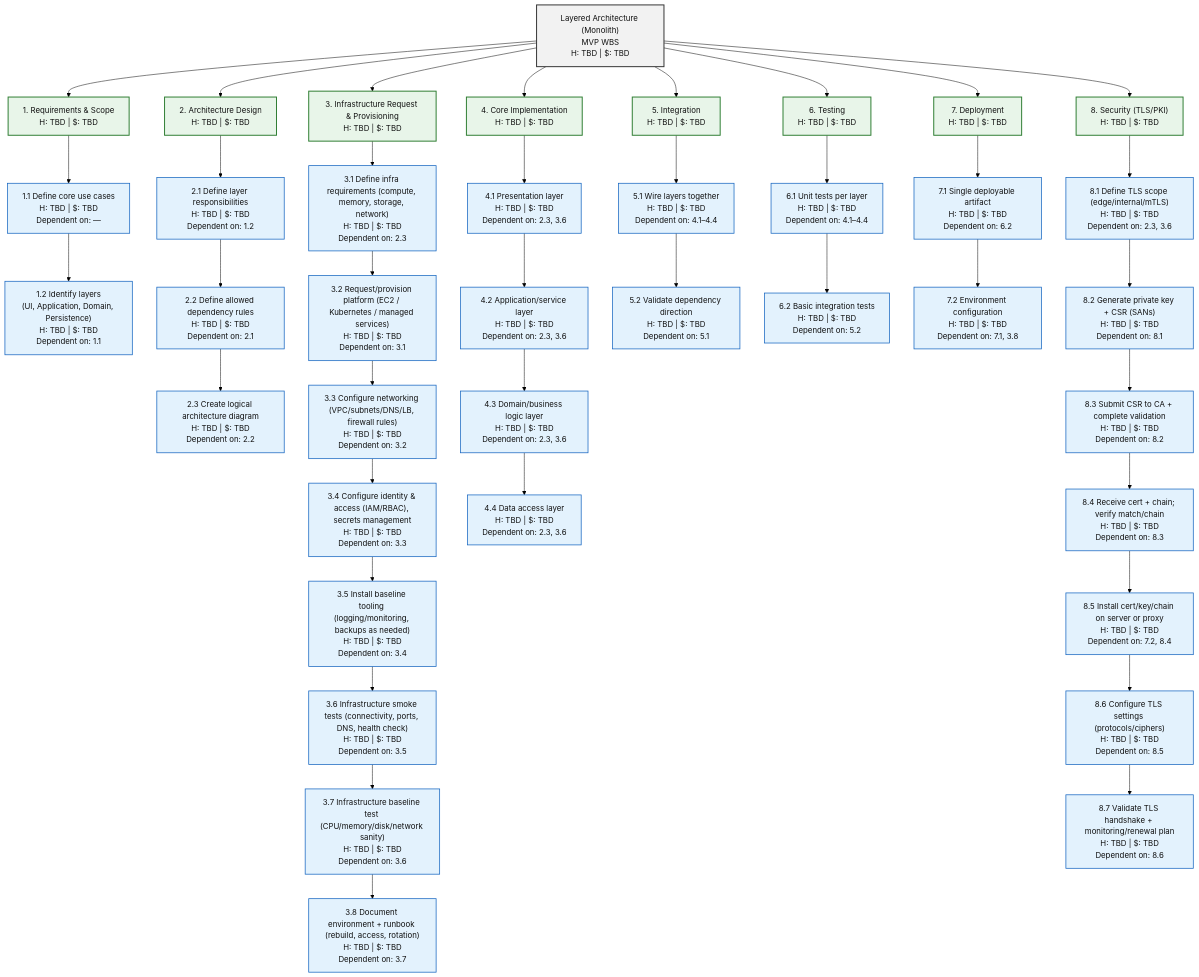
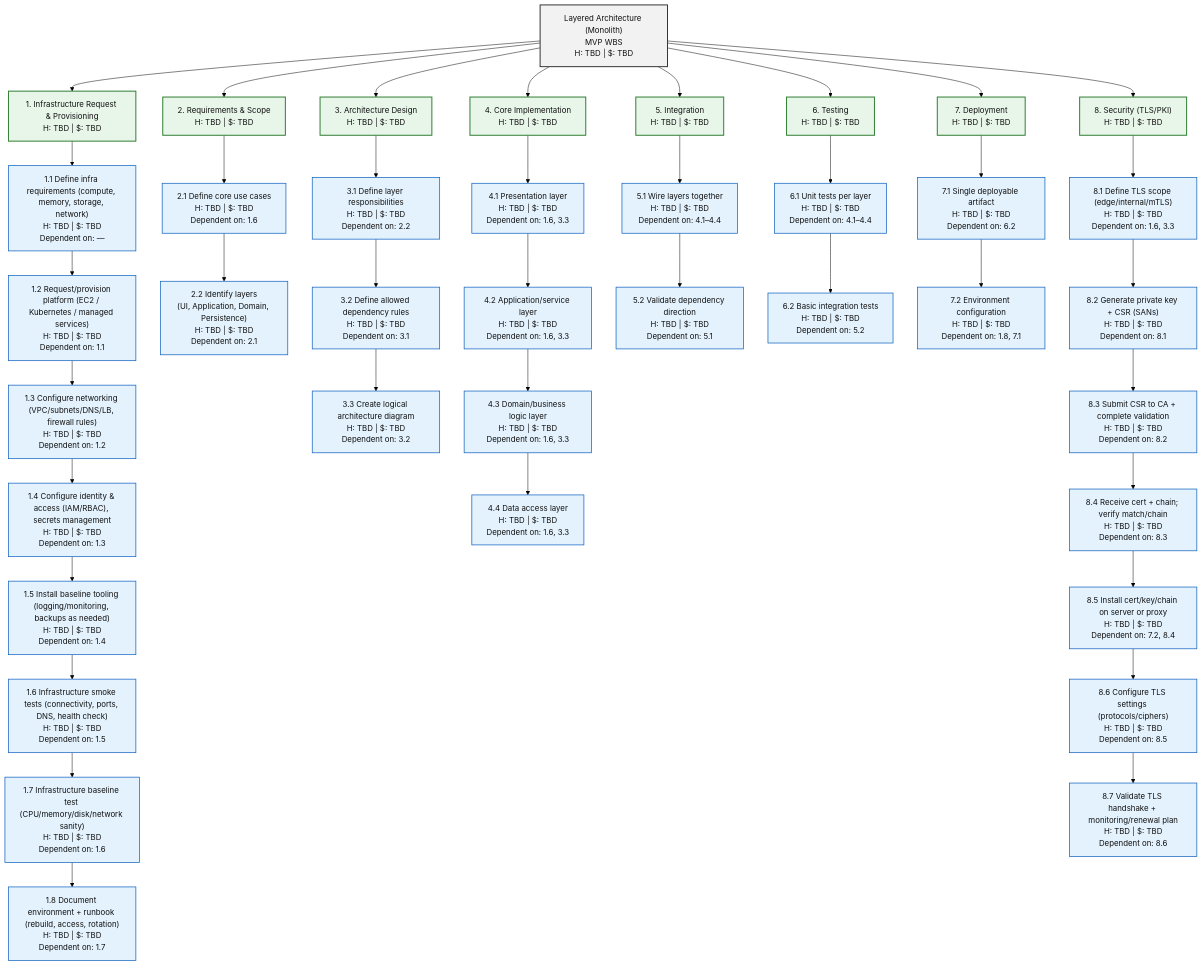
One commit to lopez-larry/arch-design-documentation changed the first of 8 diagrams in 30-architecture-styles/5-architecture-style-wbs-overview.md. Above: the diagram before and after it, drawn with Mermaid (forest theme). The commit also changed other lines of this file, not shown here.

````diff
--- a/30-architecture-styles/5-architecture-style-wbs-overview.md
+++ b/30-architecture-styles/5-architecture-style-wbs-overview.md
@@ -3,56 +3,55 @@
 ```mermaid
 flowchart TB
   A["Layered Architecture (Monolith)<br/>MVP WBS<br/>H: TBD | $: TBD"]:::summary
 
-  A --> B["1. Requirements & Scope<br/>H: TBD | $: TBD"]:::phase
-  A --> C["2. Architecture Design<br/>H: TBD | $: TBD"]:::phase
-  A --> I["3. Infrastructure Request & Provisioning<br/>H: TBD | $: TBD"]:::phase
+  A --> I["1. Infrastructure Request & Provisioning<br/>H: TBD | $: TBD"]:::phase
+  A --> B["2. Requirements & Scope<br/>H: TBD | $: TBD"]:::phase
+  A --> C["3. Architecture Design<br/>H: TBD | $: TBD"]:::phase
   A --> D["4. Core Implementation<br/>H: TBD | $: TBD"]:::phase
   A --> E["5. Integration<br/>H: TBD | $: TBD"]:::phase
   A --> F["6. Testing<br/>H: TBD | $: TBD"]:::phase
   A --> G["7. Deployment<br/>H: TBD | $: TBD"]:::phase
   A --> H["8. Security (TLS/PKI)<br/>H: TBD | $: TBD"]:::phase
 
-  B --> B1["1.1 Define core use cases<br/>H: TBD | $: TBD<br/>Dependent on: —"]:::task
-  B1 --> B2["1.2 Identify layers<br/>(UI, Application, Domain, Persistence)<br/>H: TBD | $: TBD<br/>Dependent on: 1.1"]:::task
+  I --> I1["1.1 Define infra requirements (compute, memory, storage, network)<br/>H: TBD | $: TBD<br/>Dependent on: —"]:::task
+  I1 --> I2["1.2 Request/provision platform (EC2 / Kubernetes / managed services)<br/>H: TBD | $: TBD<br/>Dependent on: 1.1"]:::task
+  I2 --> I3["1.3 Configure networking (VPC/subnets/DNS/LB, firewall rules)<br/>H: TBD | $: TBD<br/>Dependent on: 1.2"]:::task
+  I3 --> I4["1.4 Configure identity & access (IAM/RBAC), secrets management<br/>H: TBD | $: TBD<br/>Dependent on: 1.3"]:::task
+  I4 --> I5["1.5 Install baseline tooling (logging/monitoring, backups as needed)<br/>H: TBD | $: TBD<br/>Dependent on: 1.4"]:::task
+  I5 --> I6["1.6 Infrastructure smoke tests (connectivity, ports, DNS, health check)<br/>H: TBD | $: TBD<br/>Dependent on: 1.5"]:::task
+  I6 --> I7["1.7 Infrastructure baseline test (CPU/memory/disk/network sanity)<br/>H: TBD | $: TBD<br/>Dependent on: 1.6"]:::task
+  I7 --> I8["1.8 Document environment + runbook (rebuild, access, rotation)<br/>H: TBD | $: TBD<br/>Dependent on: 1.7"]:::task
 
-  C --> C1["2.1 Define layer responsibilities<br/>H: TBD | $: TBD<br/>Dependent on: 1.2"]:::task
-  C1 --> C2["2.2 Define allowed dependency rules<br/>H: TBD | $: TBD<br/>Dependent on: 2.1"]:::task
-  C2 --> C3["2.3 Create logical architecture diagram<br/>H: TBD | $: TBD<br/>Dependent on: 2.2"]:::task
+  B --> B1["2.1 Define core use cases<br/>H: TBD | $: TBD<br/>Dependent on: 1.6"]:::task
+  B1 --> B2["2.2 Identify layers<br/>(UI, Application, Domain, Persistence)<br/>H: TBD | $: TBD<br/>Dependent on: 2.1"]:::task
 
-  I --> I1["3.1 Define infra requirements (compute, memory, storage, network)<br/>H: TBD | $: TBD<br/>Dependent on: 2.3"]:::task
-  I1 --> I2["3.2 Request/provision platform (EC2 / Kubernetes / managed services)<br/>H: TBD | $: TBD<br/>Dependent on: 3.1"]:::task
-  I2 --> I3["3.3 Configure networking (VPC/subnets/DNS/LB, firewall rules)<br/>H: TBD | $: TBD<br/>Dependent on: 3.2"]:::task
-  I3 --> I4["3.4 Configure identity & access (IAM/RBAC), secrets management<br/>H: TBD | $: TBD<br/>Dependent on: 3.3"]:::task
-  I4 --> I5["3.5 Install baseline tooling (logging/monitoring, backups as needed)<br/>H: TBD | $: TBD<br/>Dependent on: 3.4"]:::task
-  I5 --> I6["3.6 Infrastructure smoke tests (connectivity, ports, DNS, health check)<br/>H: TBD | $: TBD<br/>Dependent on: 3.5"]:::task
-  I6 --> I7["3.7 Infrastructure baseline test (CPU/memory/disk/network sanity)<br/>H: TBD | $: TBD<br/>Dependent on: 3.6"]:::task
-  I7 --> I8["3.8 Document environment + runbook (rebuild, access, rotation)<br/>H: TBD | $: TBD<br/>Dependent on: 3.7"]:::task
+  C --> C1["3.1 Define layer responsibilities<br/>H: TBD | $: TBD<br/>Dependent on: 2.2"]:::task
+  C1 --> C2["3.2 Define allowed dependency rules<br/>H: TBD | $: TBD<br/>Dependent on: 3.1"]:::task
+  C2 --> C3["3.3 Create logical architecture diagram<br/>H: TBD | $: TBD<br/>Dependent on: 3.2"]:::task
 
-  D --> D1["4.1 Presentation layer<br/>H: TBD | $: TBD<br/>Dependent on: 2.3, 3.6"]:::task
-  D1 --> D2["4.2 Application/service layer<br/>H: TBD | $: TBD<br/>Dependent on: 2.3, 3.6"]:::task
-  D2 --> D3["4.3 Domain/business logic layer<br/>H: TBD | $: TBD<br/>Dependent on: 2.3, 3.6"]:::task
-  D3 --> D4["4.4 Data access layer<br/>H: TBD | $: TBD<br/>Dependent on: 2.3, 3.6"]:::task
+  D --> D1["4.1 Presentation layer<br/>H: TBD | $: TBD<br/>Dependent on: 1.6, 3.3"]:::task
+  D1 --> D2["4.2 Application/service layer<br/>H: TBD | $: TBD<br/>Dependent on: 1.6, 3.3"]:::task
+  D2 --> D3["4.3 Domain/business logic layer<br/>H: TBD | $: TBD<br/>Dependent on: 1.6, 3.3"]:::task
+  D3 --> D4["4.4 Data access layer<br/>H: TBD | $: TBD<br/>Dependent on: 1.6, 3.3"]:::task
 
   E --> E1["5.1 Wire layers together<br/>H: TBD | $: TBD<br/>Dependent on: 4.1–4.4"]:::task
   E1 --> E2["5.2 Validate dependency direction<br/>H: TBD | $: TBD<br/>Dependent on: 5.1"]:::task
 
   F --> F1["6.1 Unit tests per layer<br/>H: TBD | $: TBD<br/>Dependent on: 4.1–4.4"]:::task
   F1 --> F2["6.2 Basic integration tests<br/>H: TBD | $: TBD<br/>Dependent on: 5.2"]:::task
 
   G --> G1["7.1 Single deployable artifact<br/>H: TBD | $: TBD<br/>Dependent on: 6.2"]:::task
-  G1 --> G2["7.2 Environment configuration<br/>H: TBD | $: TBD<br/>Dependent on: 7.1, 3.8"]:::task
+  G1 --> G2["7.2 Environment configuration<br/>H: TBD | $: TBD<br/>Dependent on: 1.8, 7.1"]:::task
 
-  H --> H1["8.1 Define TLS scope (edge/internal/mTLS)<br/>H: TBD | $: TBD<br/>Dependent on: 2.3, 3.6"]:::task
+  H --> H1["8.1 Define TLS scope (edge/internal/mTLS)<br/>H: TBD | $: TBD<br/>Dependent on: 1.6, 3.3"]:::task
   H1 --> H2["8.2 Generate private key + CSR (SANs)<br/>H: TBD | $: TBD<br/>Dependent on: 8.1"]:::task
   H2 --> H3["8.3 Submit CSR to CA + complete validation<br/>H: TBD | $: TBD<br/>Dependent on: 8.2"]:::task
   H3 --> H4["8.4 Receive cert + chain; verify match/chain<br/>H: TBD | $: TBD<br/>Dependent on: 8.3"]:::task
   H4 --> H5["8.5 Install cert/key/chain on server or proxy<br/>H: TBD | $: TBD<br/>Dependent on: 7.2, 8.4"]:::task
   H5 --> H6["8.6 Configure TLS settings (protocols/ciphers)<br/>H: TBD | $: TBD<br/>Dependent on: 8.5"]:::task
   H6 --> H7["8.7 Validate TLS handshake + monitoring/renewal plan<br/>H: TBD | $: TBD<br/>Dependent on: 8.6"]:::task
 
   classDef summary fill:#f2f2f2,stroke:#333,stroke-width:2px,color:#111;
   classDef phase fill:#e8f5e9,stroke:#2e7d32,stroke-width:2px,color:#111;
   classDef task fill:#e3f2fd,stroke:#1565c0,stroke-width:1.5px,color:#111;
-
 ```
````
